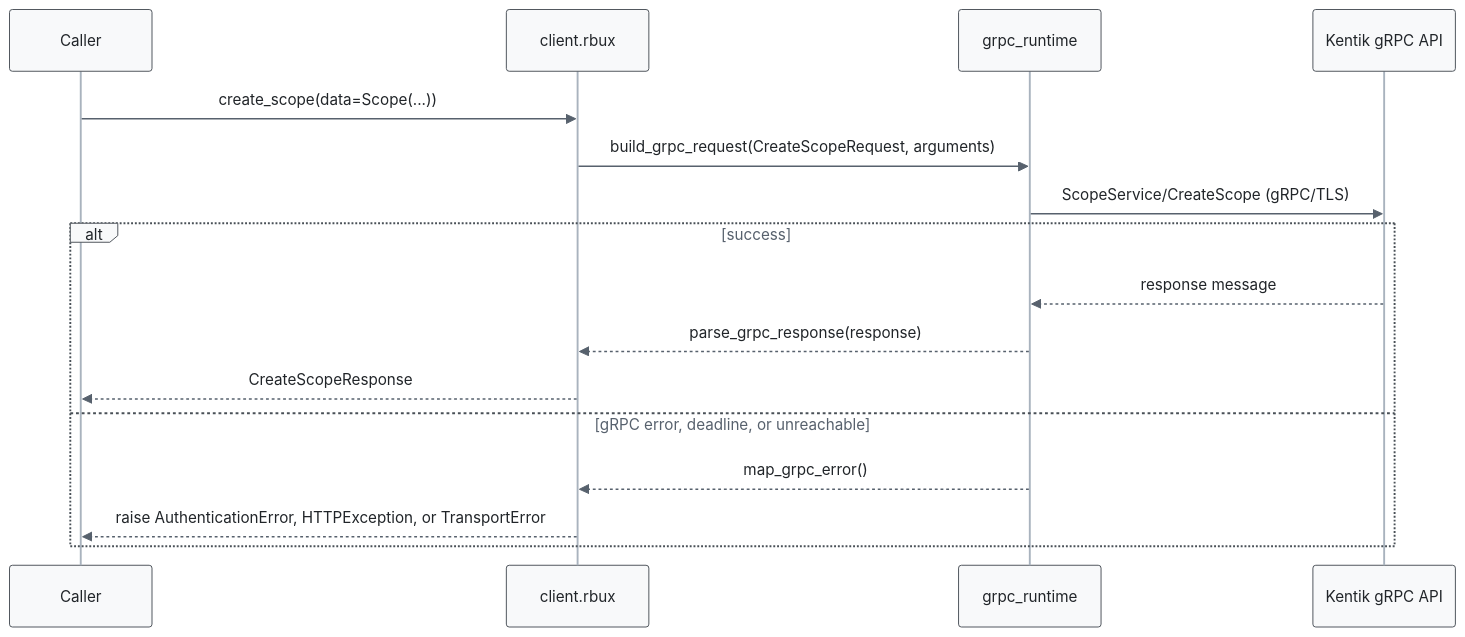
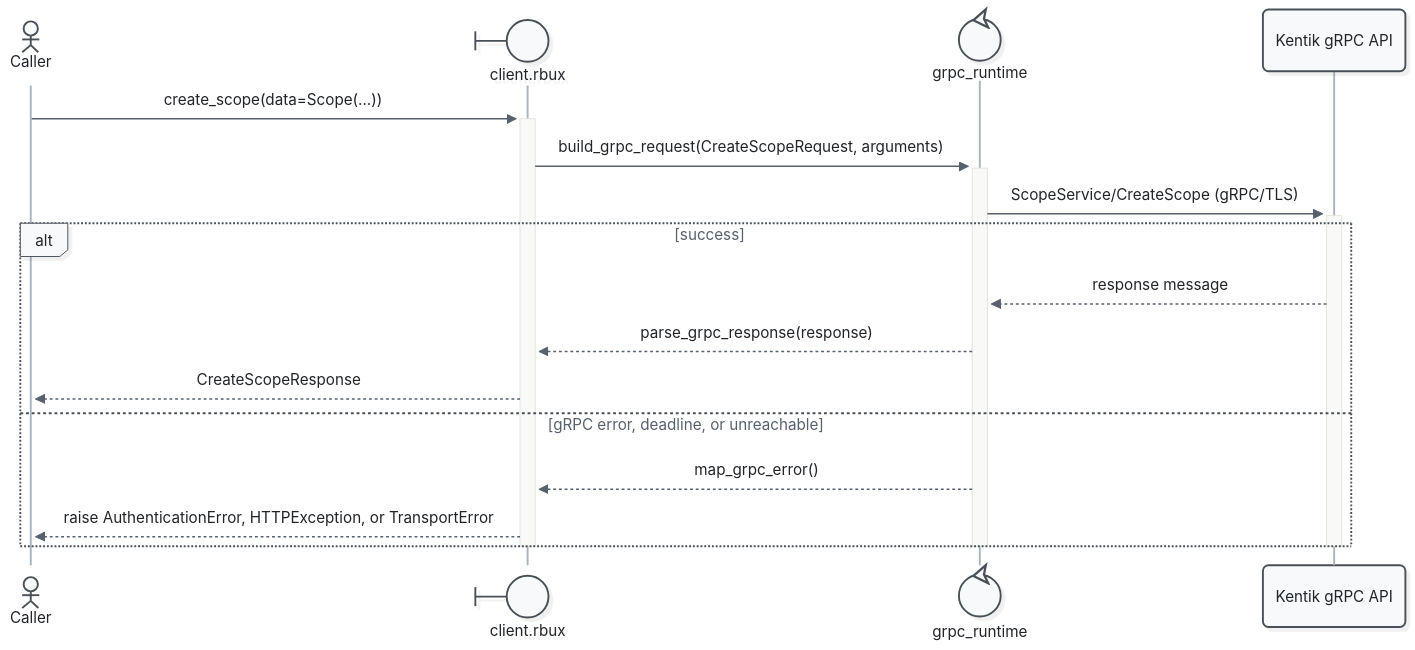
One commit to alexdearaujo/community_sdk_python changed the fourth of 11 diagrams in docs/sphinx/services/rbux.md. Above: the diagram before and after it, drawn with Mermaid. The commit also changed other lines of this file and 52 other files, not shown here.

First line of the commit message:
docs: Mermaid 12 sequence diagrams with participant types and path colors

````diff
--- a/docs/sphinx/services/rbux.md
+++ b/docs/sphinx/services/rbux.md
@@ -125,20 +132,23 @@
 ```mermaid
-%%{init: {"theme": "base", "fontFamily": "ui-monospace, SFMono-Regular, Menlo, monospace", "themeVariables": {"fontFamily": "ui-monospace, SFMono-Regular, Menlo, monospace", "primaryColor": "#f8f9fa", "primaryBorderColor": "#495057", "primaryTextColor": "#212529", "textColor": "#212529", "lineColor": "#77818c", "edgeLabelBackground": "#ffffff", "actorBkg": "#f8f9fa", "actorBorder": "#495057", "actorTextColor": "#212529", "actorLineColor": "#a9b3be", "signalColor": "#57616d", "signalTextColor": "#212529", "labelBoxBkgColor": "#f8f9fa", "labelBoxBorderColor": "#495057", "labelTextColor": "#212529", "loopTextColor": "#57616d", "noteBkgColor": "#fff9db", "noteBorderColor": "#f08c00", "noteTextColor": "#a35a00"}, "flowchart": {"curve": "step", "nodeSpacing": 30, "rankSpacing": 70, "wrappingWidth": 400}}}%%
+%%{init: {"theme": "redux", "look": "neo", "layout": "dagre", "fontFamily": "ui-monospace, SFMono-Regular, Menlo, monospace", "themeVariables": {"fontFamily": "ui-monospace, SFMono-Regular, Menlo, monospace", "primaryColor": "#f8f9fa", "primaryBorderColor": "#495057", "primaryTextColor": "#212529", "textColor": "#212529", "lineColor": "#77818c", "edgeLabelBackground": "#ffffff", "actorBkg": "#f8f9fa", "actorBorder": "#495057", "actorTextColor": "#212529", "actorLineColor": "#a9b3be", "signalColor": "#57616d", "signalTextColor": "#212529", "labelBoxBkgColor": "#f8f9fa", "labelBoxBorderColor": "#495057", "labelTextColor": "#212529", "loopTextColor": "#57616d", "noteBkgColor": "#fff9db", "noteBorderColor": "#f08c00", "noteTextColor": "#a35a00"}, "sequence": {"activationWidth": 16}, "flowchart": {"curve": "step", "nodeSpacing": 30, "rankSpacing": 70, "wrappingWidth": 400}}}%%
 sequenceDiagram
-    participant C as Caller
-    participant W as client.rbux
-    participant R as grpc_runtime
+    actor C as Caller
+    participant W@{ "type": "boundary" } as client.rbux
+    participant R@{ "type": "control" } as grpc_runtime
     participant API as Kentik gRPC API
 
-    C->>W: create_scope(data=Scope(...))
-    W->>R: build_grpc_request(CreateScopeRequest, arguments)
-    R->>API: ScopeService/CreateScope (gRPC/TLS)
+    C->>+W: create_scope(data=Scope(...))
+    W->>+R: build_grpc_request(CreateScopeRequest, arguments)
+    R->>+API: ScopeService/CreateScope (gRPC/TLS)
     alt success
         API-->>R: response message
         R-->>W: parse_grpc_response(response)
         W-->>C: CreateScopeResponse
     else gRPC error, deadline, or unreachable
         R-->>W: map_grpc_error()
         W-->>C: raise AuthenticationError, HTTPException, or TransportError
     end
+    deactivate API
+    deactivate R
+    deactivate W
 ```
````
